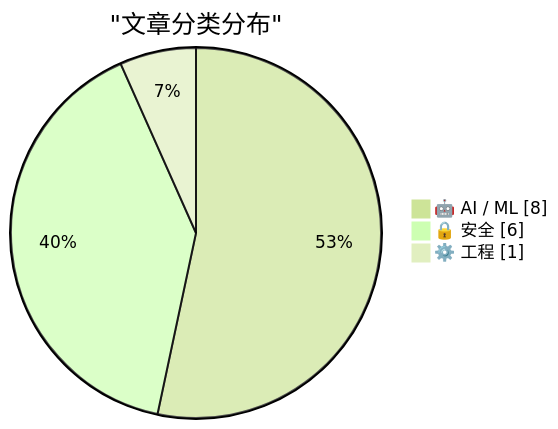
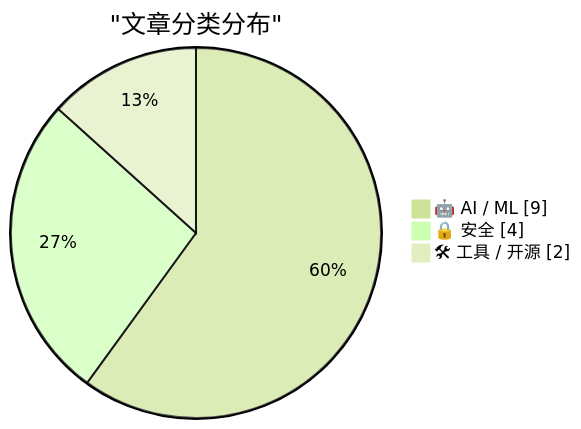
The first of 2 diagrams in digests/digest-20260806.md (Halcyon-ccc/ai-daily-digest), drawn with Mermaid (forest theme) before and after one commit. The commit also changed other lines of this file, not shown here.

````diff
--- a/digests/digest-20260806.md
+++ b/digests/digest-20260806.md
@@ -457,7 +454,7 @@
 ```mermaid
 pie showData
     title "文章分类分布"
-    "🤖 AI / ML" : 8
-    "🔒 安全" : 6
-    "⚙️ 工程" : 1
+    "🤖 AI / ML" : 9
+    "🔒 安全" : 4
+    "🛠 工具 / 开源" : 2
 ```
````
